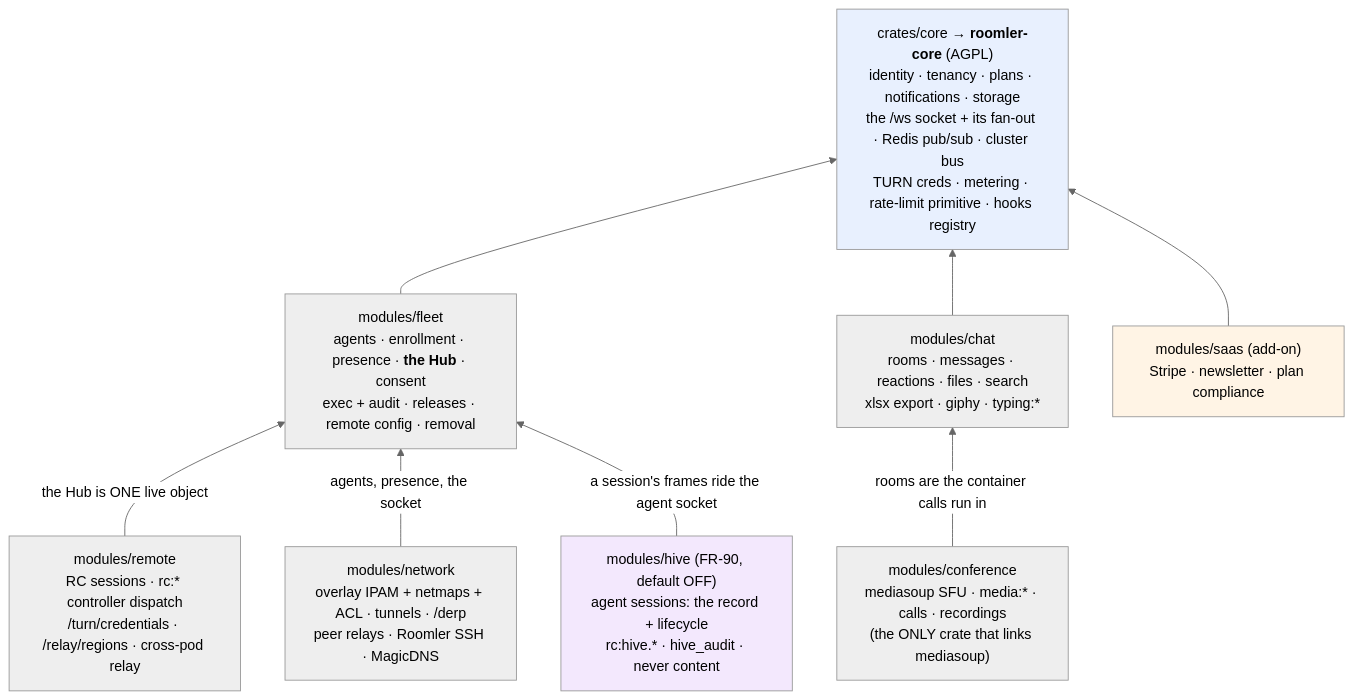
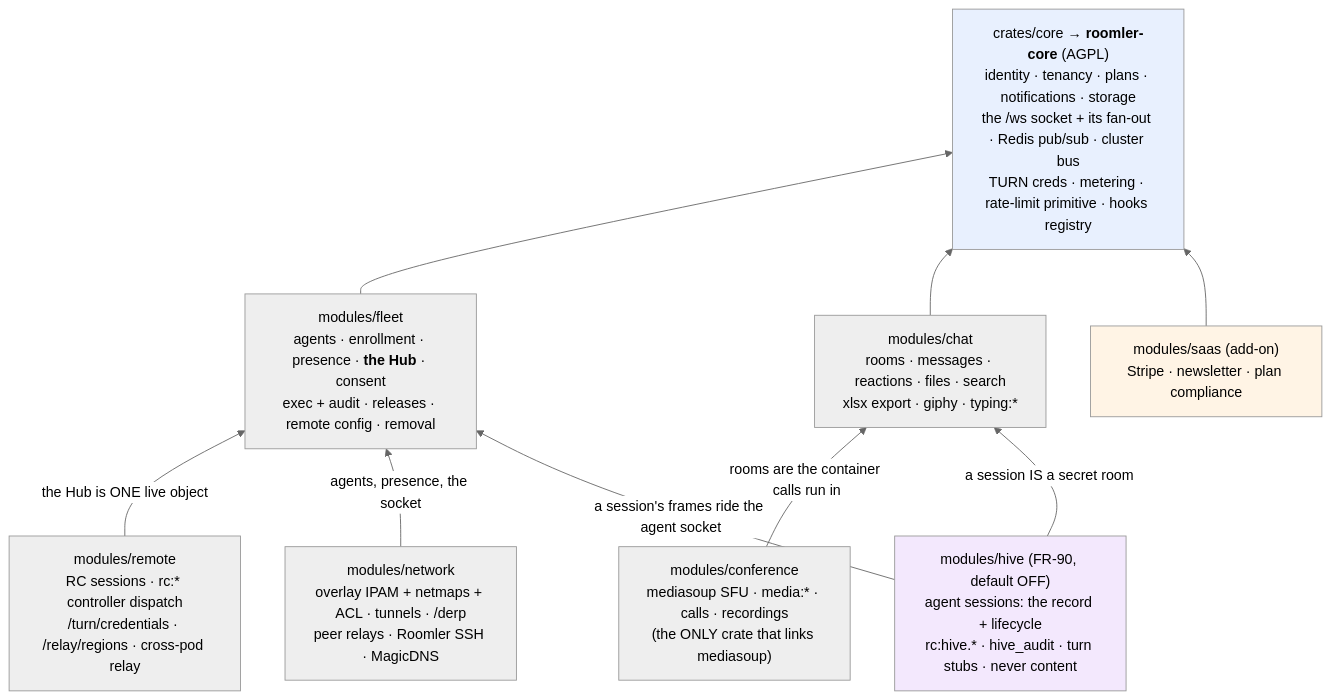
One commit to gjovanov/roomler-ai changed the first of 8 diagrams in docs/modular-monolith.md. Above: the diagram before and after it, drawn with Mermaid (neutral theme). The commit also changed other lines of this file and 39 other files, not shown here.

````diff
--- a/docs/modular-monolith.md
+++ b/docs/modular-monolith.md
@@ -21,21 +21,22 @@
 ```mermaid
 flowchart BT
     core["crates/core → <b>roomler-core</b> (AGPL)<br/>identity · tenancy · plans · notifications · storage<br/>the /ws socket + its fan-out · Redis pub/sub · cluster bus<br/>TURN creds · metering · rate-limit primitive · hooks registry"]
     fleet["modules/fleet<br/>agents · enrollment · presence · <b>the Hub</b> · consent<br/>exec + audit · releases · remote config · removal"]
     chat["modules/chat<br/>rooms · messages · reactions · files · search<br/>xlsx export · giphy · typing:*"]
     conference["modules/conference<br/>mediasoup SFU · media:* · calls · recordings<br/>(the ONLY crate that links mediasoup)"]
     remote["modules/remote<br/>RC sessions · rc:* controller dispatch<br/>/turn/credentials · /relay/regions · cross-pod relay"]
     network["modules/network<br/>overlay IPAM + netmaps + ACL · tunnels · /derp<br/>peer relays · Roomler SSH · MagicDNS"]
     saas["modules/saas (add-on)<br/>Stripe · newsletter · plan compliance"]
-    hive["modules/hive (FR-90, default OFF)<br/>agent sessions: the record + lifecycle<br/>rc:hive.* · hive_audit · never content"]
+    hive["modules/hive (FR-90, default OFF)<br/>agent sessions: the record + lifecycle<br/>rc:hive.* · hive_audit · turn stubs · never content"]
     fleet --> core
     chat --> core
     saas --> core
     conference -->|"rooms are the container calls run in"| chat
     remote -->|"the Hub is ONE live object"| fleet
     network -->|"agents, presence, the socket"| fleet
     hive -->|"a session's frames ride the agent socket"| fleet
+    hive -->|"a session IS a secret room"| chat
     style core fill:#e8f0fe
     style saas fill:#fff4e5
     style hive fill:#f3e8fd
 ```
````
